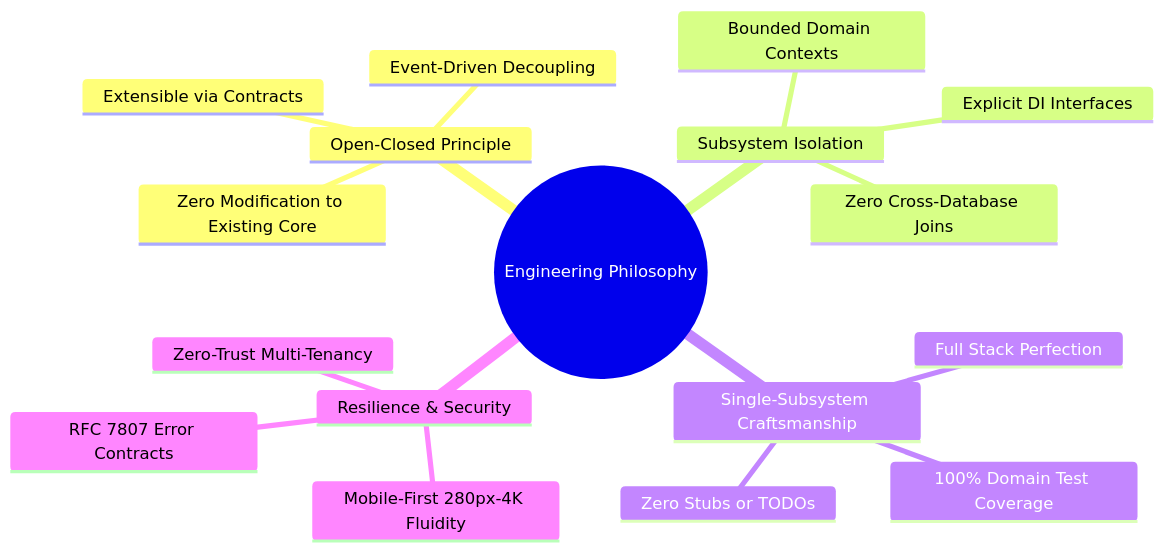
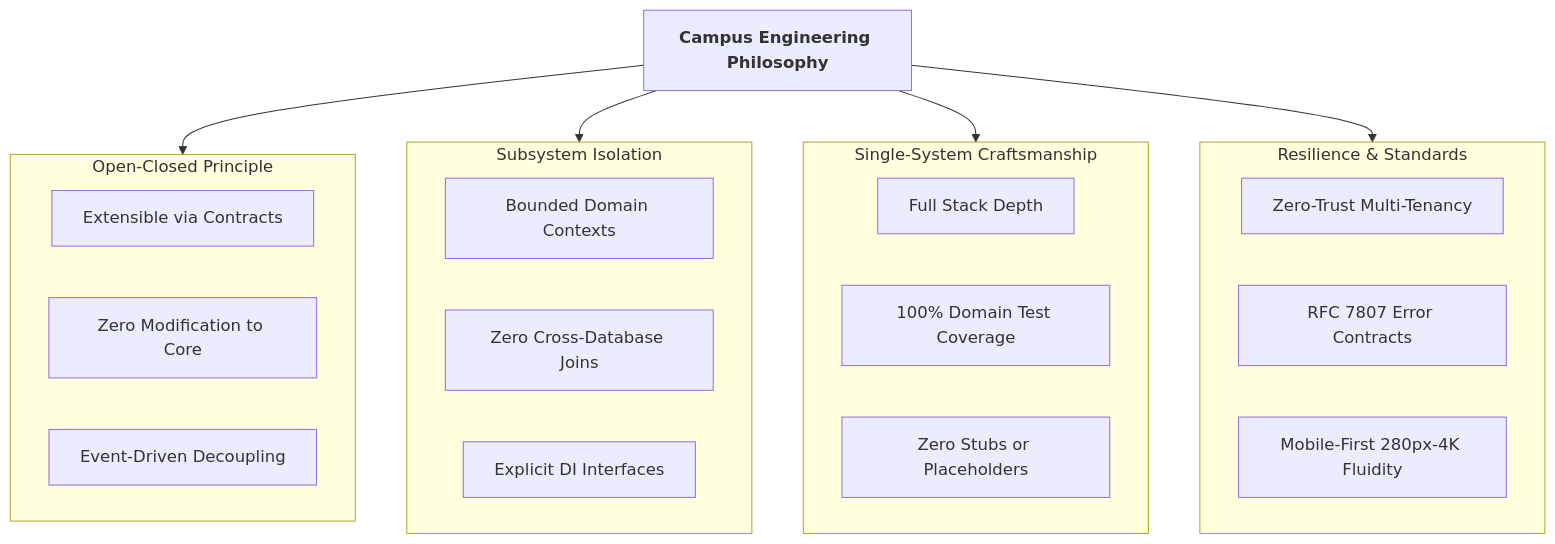
Before and after one commit to Yogesh-Kumar-Mallik-dev/campus: the first of 2 diagrams in docs/ENGINEERING_PHILOSOPHY.md, drawn with Mermaid. The commit also changed 1 other file, not shown here.

Commit message:
docs(diagrams): convert experimental mindmap to resilient flowchart TD

````diff
--- a/docs/ENGINEERING_PHILOSOPHY.md
+++ b/docs/ENGINEERING_PHILOSOPHY.md
@@ -11,20 +11,33 @@
 ```mermaid
-mindmap
-  root((Engineering Philosophy))
-    Open-Closed Principle
-      Extensible via Contracts
-      Zero Modification to Existing Core
-      Event-Driven Decoupling
-    Subsystem Isolation
-      Bounded Domain Contexts
-      Zero Cross-Database Joins
-      Explicit DI Interfaces
-    Single-Subsystem Craftsmanship
-      Full Stack Perfection
-      100% Domain Test Coverage
-      Zero Stubs or TODOs
-    Resilience & Security
-      Zero-Trust Multi-Tenancy
-      RFC 7807 Error Contracts
-      Mobile-First 280px-4K Fluidity
+flowchart TD
+    Root["<b>Campus Engineering Philosophy</b>"]
+
+    subgraph P1["Open-Closed Principle"]
+        C1["Extensible via Contracts"]
+        C2["Zero Modification to Core"]
+        C3["Event-Driven Decoupling"]
+    end
+
+    subgraph P2["Subsystem Isolation"]
+        C4["Bounded Domain Contexts"]
+        C5["Zero Cross-Database Joins"]
+        C6["Explicit DI Interfaces"]
+    end
+
+    subgraph P3["Single-System Craftsmanship"]
+        C7["Full Stack Depth"]
+        C8["100% Domain Test Coverage"]
+        C9["Zero Stubs or Placeholders"]
+    end
+
+    subgraph P4["Resilience & Standards"]
+        C10["Zero-Trust Multi-Tenancy"]
+        C11["RFC 7807 Error Contracts"]
+        C12["Mobile-First 280px-4K Fluidity"]
+    end
+
+    Root --> P1
+    Root --> P2
+    Root --> P3
+    Root --> P4
 ```
````
